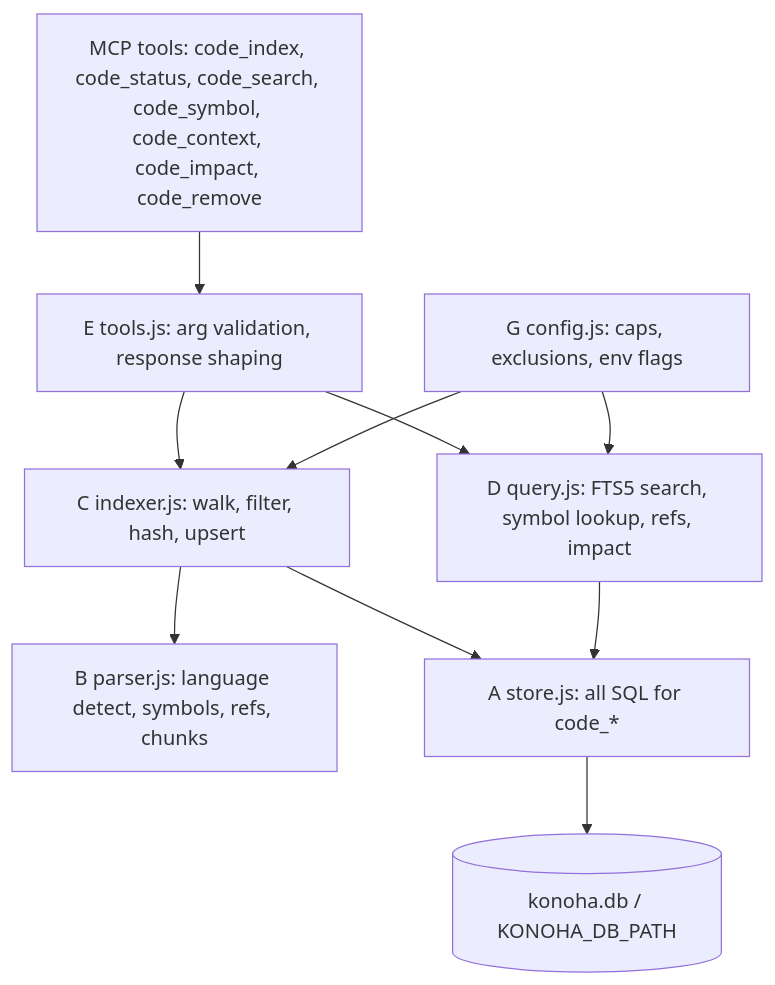
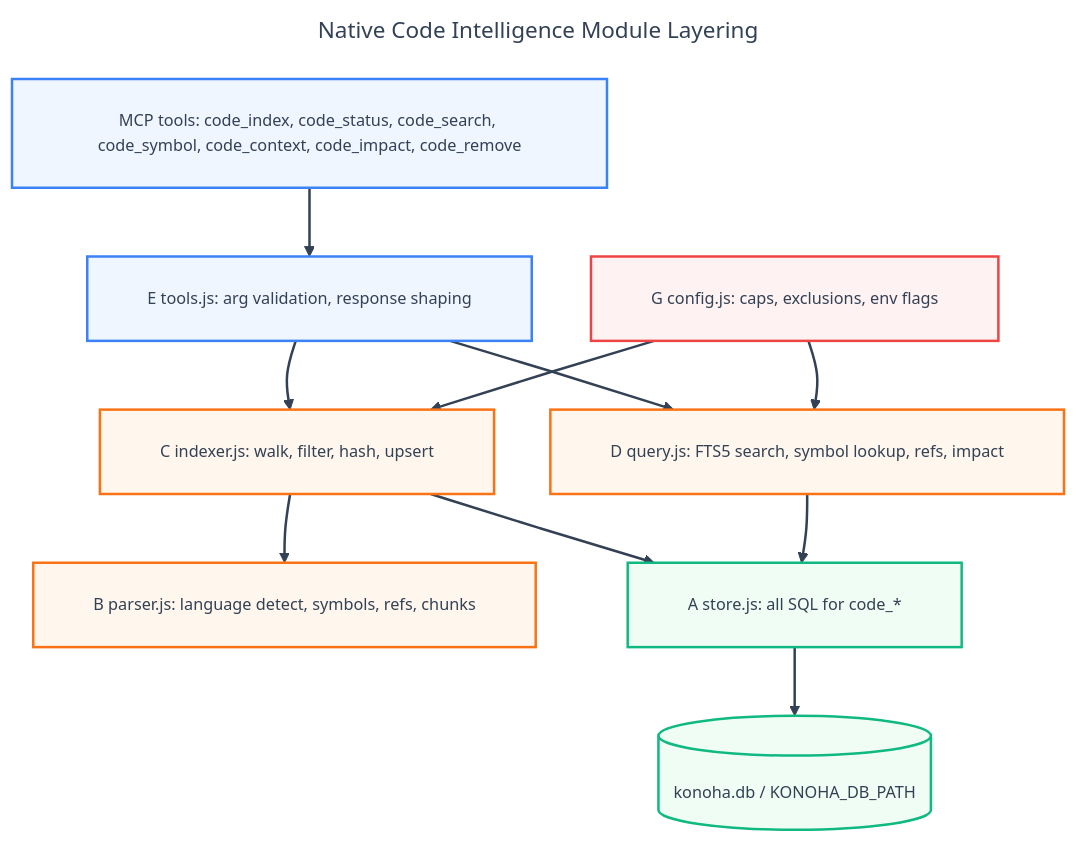
Before and after one commit to andycungkrinx91/konoha: the diagram in docs/architecture/ISSUE-13-GATE-1-NATIVE-CODE-INTELLIGENCE.md, drawn with Mermaid. The commit also changed other lines of this file and 136 other files, not shown here.

Commit message:
chore(ci,code-intel,docs): sync v2.2.22 code intelligence, 8-client skill sync, and free-tier CI shards

````diff
--- a/docs/architecture/ISSUE-13-GATE-1-NATIVE-CODE-INTELLIGENCE.md
+++ b/docs/architecture/ISSUE-13-GATE-1-NATIVE-CODE-INTELLIGENCE.md
@@ -159,13 +159,48 @@
 ```mermaid
+---
+title: Native Code Intelligence Module Layering
+config:
+  theme: base
+  themeVariables:
+    darkMode: false
+    background: '#ffffff'
+    mainBkg: '#eff6ff'
+    primaryColor: '#eff6ff'
+    primaryTextColor: '#334155'
+    primaryBorderColor: '#3b82f6'
+    lineColor: '#334155'
+    arrowheadColor: '#334155'
+    secondaryColor: '#f8fafc'
+    tertiaryColor: '#f0fdf4'
+    fontFamily: 'Inter, system-ui, -apple-system, sans-serif'
+    fontSize: '13px'
+  flowchart:
+    nodeSpacing: 45
+    rankSpacing: 55
+    padding: 24
+    wrappingWidth: 380
+---
 flowchart TD
     T[MCP tools: code_index, code_status, code_search, code_symbol, code_context, code_impact, code_remove]
     T --> E[E tools.js: arg validation, response shaping]
     E --> D[D query.js: FTS5 search, symbol lookup, refs, impact]
     E --> C[C indexer.js: walk, filter, hash, upsert]
     C --> B[B parser.js: language detect, symbols, refs, chunks]
     C --> A[A store.js: all SQL for code_*]
     D --> A
     G[G config.js: caps, exclusions, env flags] --> C
     G --> D
     A --> DB[(konoha.db / KONOHA_DB_PATH)]
+
+    linkStyle default stroke:#334155,stroke-width:2px;
+
+    classDef blueShape fill:#eff6ff,stroke:#3b82f6,color:#334155,stroke-width:2px;
+    classDef orangeShape fill:#fff7ed,stroke:#f97316,color:#334155,stroke-width:2px;
+    classDef greenShape fill:#f0fdf4,stroke:#10b981,color:#334155,stroke-width:2px;
+    classDef redShape fill:#fef2f2,stroke:#ef4444,color:#334155,stroke-width:2px;
+
+    class T,E blueShape;
+    class C,D,B orangeShape;
+    class A,DB greenShape;
+    class G redShape;
 ```
````
